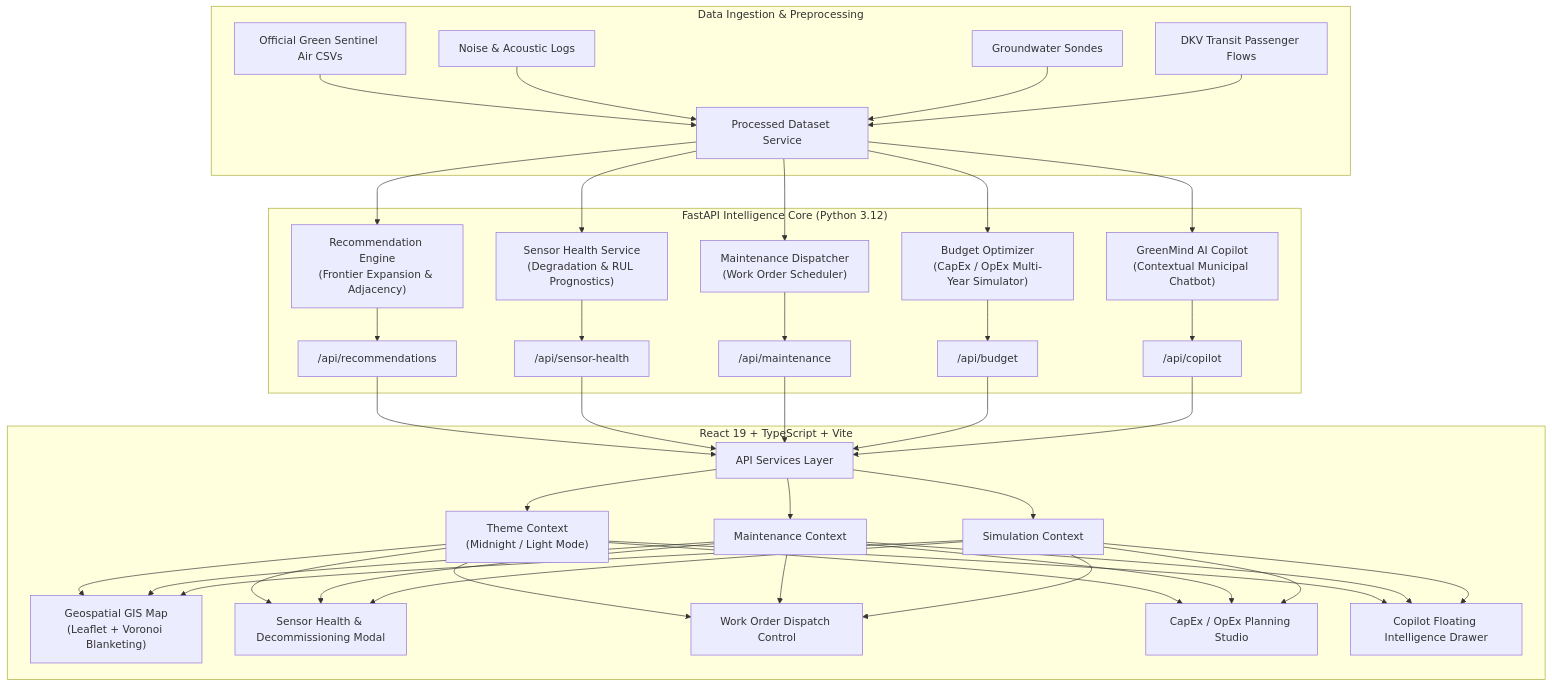
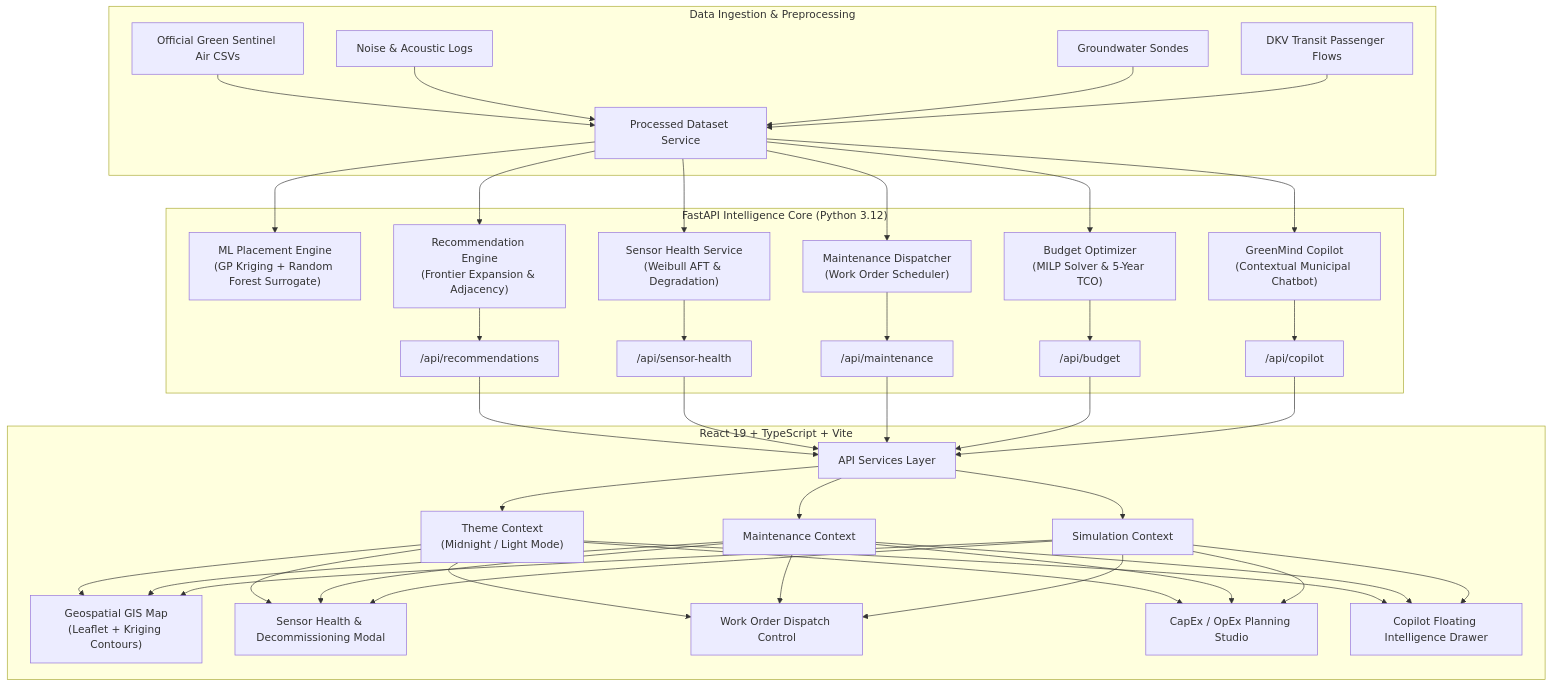
The diagram in README.md (Sayem-Kabir/greenmind-ai), drawn with Mermaid before and after one commit. The commit also changed other lines of this file and 39 other files, not shown here.

````diff
--- a/README.md
+++ b/README.md
@@ -123,36 +169,37 @@
 ```mermaid
 flowchart TB
     subgraph Data Layer ["Data Ingestion & Preprocessing"]
         D1["Official Green Sentinel Air CSVs"] --> P1["Processed Dataset Service"]
         D2["Noise & Acoustic Logs"] --> P1
         D3["Groundwater Sondes"] --> P1
         D4["DKV Transit Passenger Flows"] --> P1
     end
 
     subgraph Backend Layer ["FastAPI Intelligence Core (Python 3.12)"]
+        P1 --> ML["ML Placement Engine<br/>(GP Kriging + Random Forest Surrogate)"]
         P1 --> RE["Recommendation Engine<br/>(Frontier Expansion & Adjacency)"]
-        P1 --> SH["Sensor Health Service<br/>(Degradation & RUL Prognostics)"]
+        P1 --> SH["Sensor Health Service<br/>(Weibull AFT & Degradation)"]
         P1 --> MS["Maintenance Dispatcher<br/>(Work Order Scheduler)"]
-        P1 --> BO["Budget Optimizer<br/>(CapEx / OpEx Multi-Year Simulator)"]
-        P1 --> CP["GreenMind AI Copilot<br/>(Contextual Municipal Chatbot)"]
+        P1 --> BO["Budget Optimizer<br/>(MILP Solver & 5-Year TCO)"]
+        P1 --> CP["GreenMind Copilot<br/>(Contextual Municipal Chatbot)"]
 
         RE --> API1["/api/recommendations"]
         SH --> API2["/api/sensor-health"]
         MS --> API3["/api/maintenance"]
         BO --> API4["/api/budget"]
         CP --> API5["/api/copilot"]
     end
 
     subgraph Frontend Layer ["React 19 + TypeScript + Vite"]
         API1 & API2 & API3 & API4 & API5 --> SC["API Services Layer"]
         SC --> TC["Theme Context<br/>(Midnight / Light Mode)"]
         SC --> MC["Maintenance Context"]
         SC --> SI["Simulation Context"]
 
-        TC & MC & SI --> UI1["Geospatial GIS Map<br/>(Leaflet + Voronoi Blanketing)"]
+        TC & MC & SI --> UI1["Geospatial GIS Map<br/>(Leaflet + Kriging Contours)"]
         TC & MC & SI --> UI2["Sensor Health & Decommissioning Modal"]
         TC & MC & SI --> UI3["Work Order Dispatch Control"]
         TC & MC & SI --> UI4["CapEx / OpEx Planning Studio"]
         TC & MC & SI --> UI5["Copilot Floating Intelligence Drawer"]
     end
 ```
````
